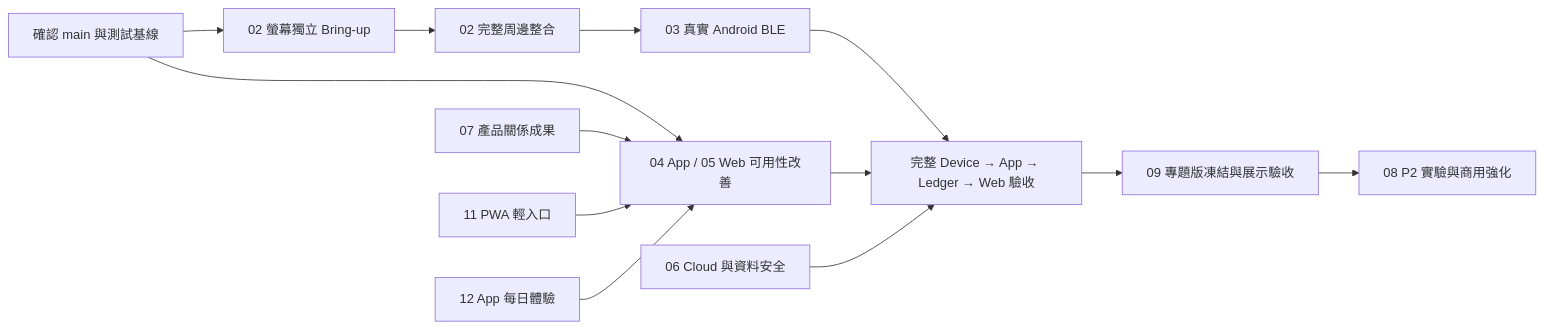
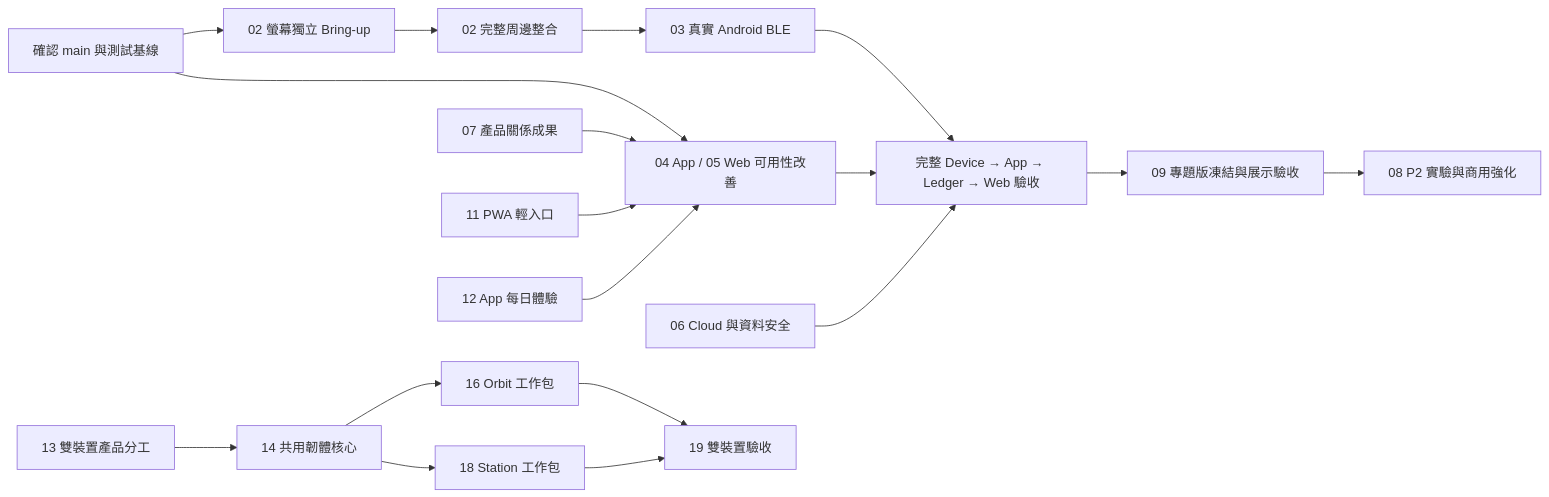
The diagram in docs/work-packages/README.md (z1nnz/graduation-project-nudge), drawn with Mermaid before and after one commit. The commit also changed other lines of this file and 8 other files, not shown here.

Commit message:
docs: plan Orbit and Station device systems

````diff
--- a/docs/work-packages/README.md
+++ b/docs/work-packages/README.md
@@ -36,15 +44,20 @@
 ```mermaid
 flowchart LR
   A[確認 main 與測試基線] --> B[02 螢幕獨立 Bring-up]
   A --> C[04 App / 05 Web 可用性改善]
   B --> D[02 完整周邊整合]
   D --> E[03 真實 Android BLE]
   E --> F[完整 Device → App → Ledger → Web 驗收]
   C --> F
   G[06 Cloud 與資料安全] --> F
   H[07 產品關係成果] --> C
   K[11 PWA 輕入口] --> C
   L[12 App 每日體驗] --> C
+  M[13 雙裝置產品分工] --> N[14 共用韌體核心]
+  N --> O[16 Orbit 工作包]
+  N --> P[18 Station 工作包]
+  O --> Q[19 雙裝置驗收]
+  P --> Q
   F --> I[09 專題版凍結與展示驗收]
   I --> J[08 P2 實驗與商用強化]
 ```
````
